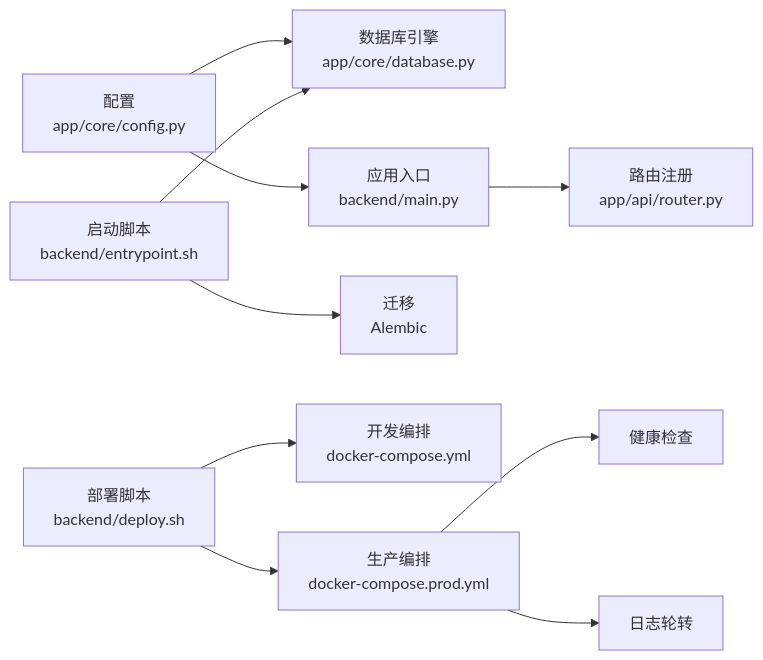
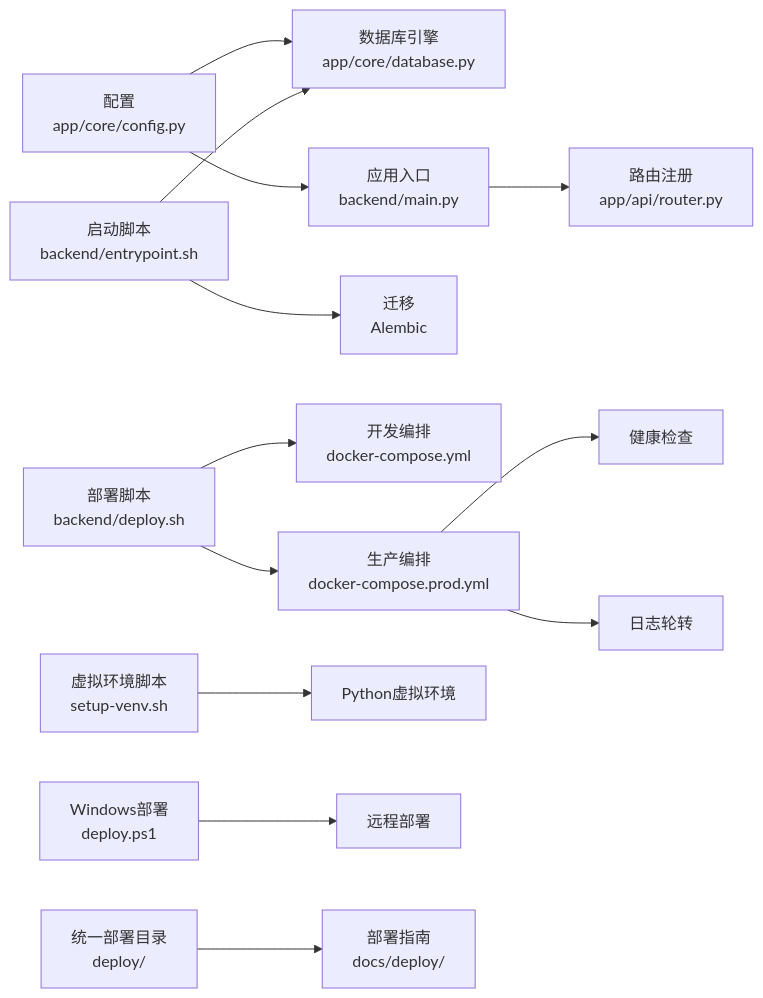
One commit to dream-ze/AI_huoke- changed the third of 8 diagrams in .qoder/repowiki/zh/content/部署与运维/部署与运维.md. Above: the diagram before and after it, drawn with Mermaid. The commit also changed other lines of this file and 52 other files, not shown here.

````diff
--- a/.qoder/repowiki/zh/content/部署与运维/部署与运维.md
+++ b/.qoder/repowiki/zh/content/部署与运维/部署与运维.md
@@ -268,12 +340,15 @@
 ```mermaid
 graph LR
 Config["配置<br/>app/core/config.py"] --> DB["数据库引擎<br/>app/core/database.py"]
 Config --> Main["应用入口<br/>backend/main.py"]
 Main --> Router["路由注册<br/>app/api/router.py"]
 Entry["启动脚本<br/>backend/entrypoint.sh"] --> DB
 Entry --> Alembic["迁移<br/>Alembic"]
 Deploy["部署脚本<br/>backend/deploy.sh"] --> ComposeDev["开发编排<br/>docker-compose.yml"]
 Deploy --> ComposeProd["生产编排<br/>docker-compose.prod.yml"]
+SetupVenv["虚拟环境脚本<br/>setup-venv.sh"] --> Venv["Python虚拟环境"]
+WinDeploy["Windows部署<br/>deploy.ps1"] --> RemoteDeploy["远程部署"]
+UnifiedDeploy["统一部署目录<br/>deploy/"] --> DeployGuide["部署指南<br/>docs/deploy/"]
 ComposeProd --> Health["健康检查"]
 ComposeProd --> Logs["日志轮转"]
 ```
````
